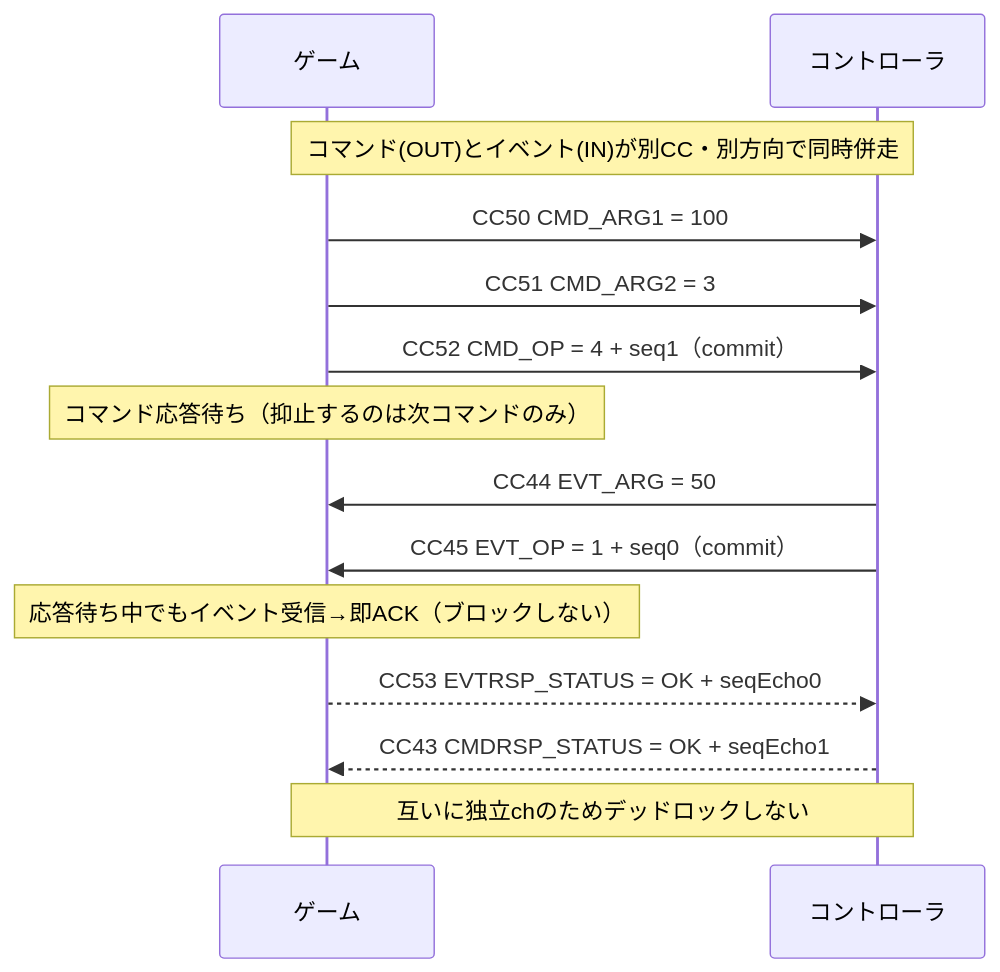
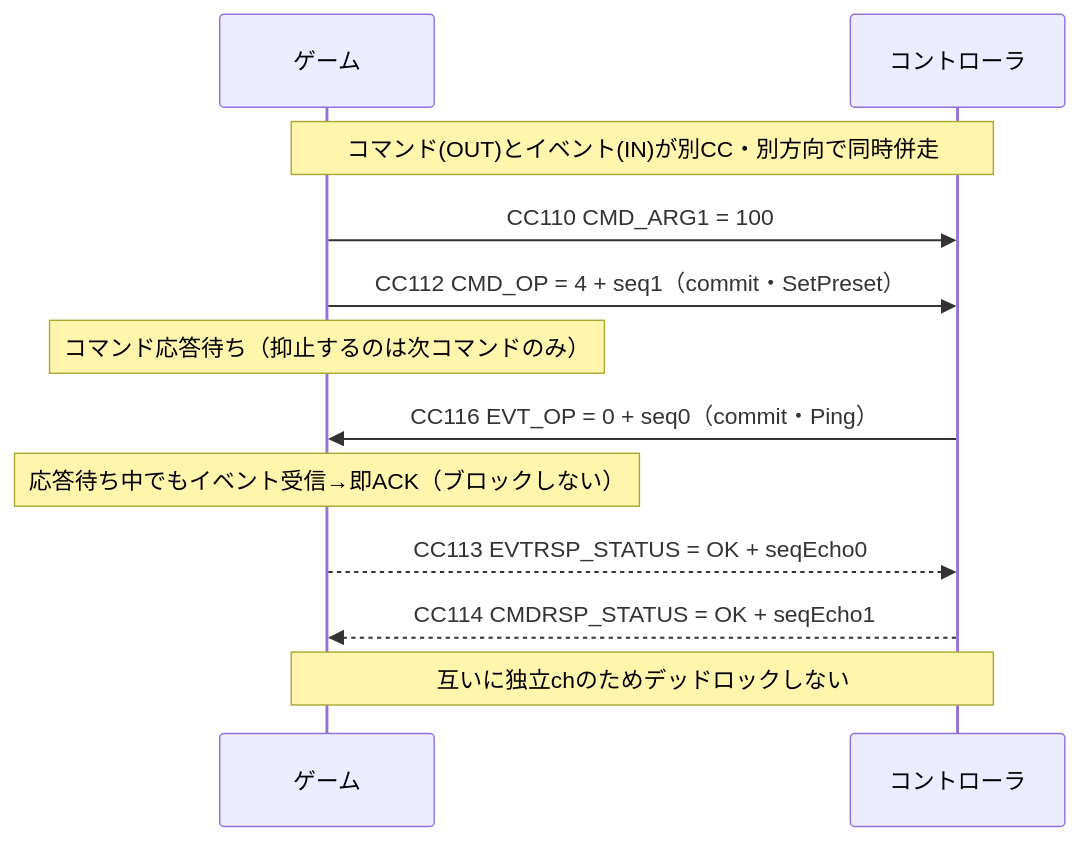
One commit to sanlike0911/pyMidiSimulator changed the third of 4 diagrams in docs/specs/midi-mapping.md. Above: the diagram before and after it, drawn with Mermaid. The commit also changed other lines of this file and 2 other files, not shown here.

````diff
--- a/docs/specs/midi-mapping.md
+++ b/docs/specs/midi-mapping.md
@@ -272,16 +297,14 @@
 ```mermaid
 sequenceDiagram
     participant G as ゲーム
     participant C as コントローラ
     Note over G,C: コマンド(OUT)とイベント(IN)が別CC・別方向で同時併走
-    G->>C: CC50 CMD_ARG1 = 100
-    G->>C: CC51 CMD_ARG2 = 3
-    G->>C: CC52 CMD_OP = 4 + seq1（commit）
+    G->>C: CC110 CMD_ARG1 = 100
+    G->>C: CC112 CMD_OP = 4 + seq1（commit・SetPreset）
     Note over G: コマンド応答待ち（抑止するのは次コマンドのみ）
-    C->>G: CC44 EVT_ARG = 50
-    C->>G: CC45 EVT_OP = 1 + seq0（commit）
+    C->>G: CC116 EVT_OP = 0 + seq0（commit・Ping）
     Note over G: 応答待ち中でもイベント受信→即ACK（ブロックしない）
-    G-->>C: CC53 EVTRSP_STATUS = OK + seqEcho0
-    C-->>G: CC43 CMDRSP_STATUS = OK + seqEcho1
+    G-->>C: CC113 EVTRSP_STATUS = OK + seqEcho0
+    C-->>G: CC114 CMDRSP_STATUS = OK + seqEcho1
     Note over G,C: 互いに独立chのためデッドロックしない
 ```
````
